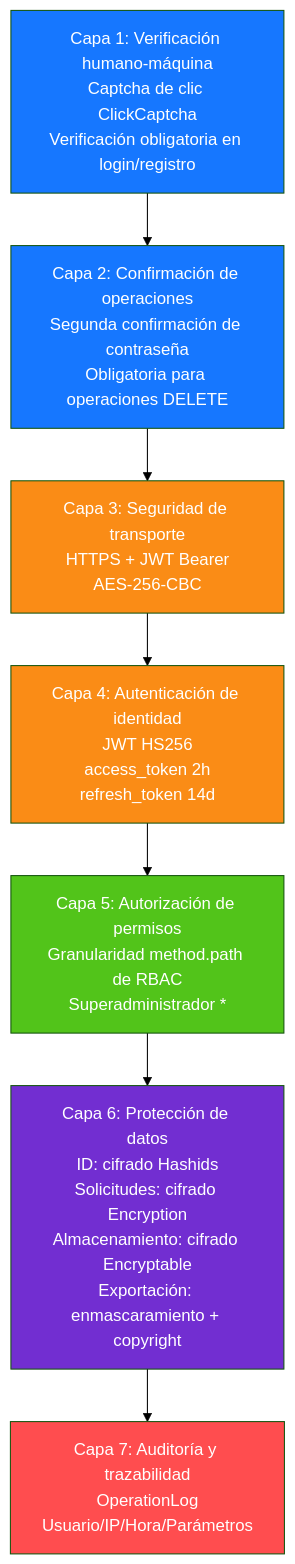
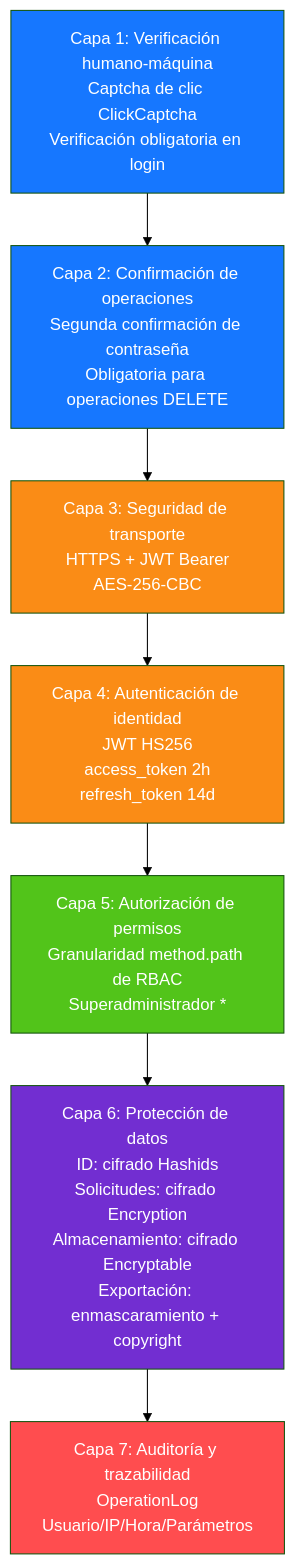
Before and after one commit to erikwang2013/open-admin: the diagram in docs/diagrams/11-security-defense.es.md, drawn with Mermaid (forest theme). The commit also changed 115 other files, not shown here.

First line of the commit message:
功能：新增项目宠物「小安」、站点首页与手写 SVG 设计图集；全部文档对齐代码

````diff
--- a/docs/diagrams/11-security-defense.es.md
+++ b/docs/diagrams/11-security-defense.es.md
@@ -7,20 +7,20 @@
 ```mermaid
 flowchart TB
-    l1["Capa 1: Verificación humano-máquina<br/>Captcha de clic ClickCaptcha<br/>Verificación obligatoria en login/registro"]
+    l1["Capa 1: Verificación humano-máquina<br/>Captcha de clic ClickCaptcha<br/>Verificación obligatoria en login"]
     l2["Capa 2: Confirmación de operaciones<br/>Segunda confirmación de contraseña<br/>Obligatoria para operaciones DELETE"]
     l3["Capa 3: Seguridad de transporte<br/>HTTPS + JWT Bearer<br/>AES-256-CBC"]
     l4["Capa 4: Autenticación de identidad<br/>JWT HS256<br/>access_token 2h<br/>refresh_token 14d"]
     l5["Capa 5: Autorización de permisos<br/>Granularidad method.path de RBAC<br/>Superadministrador *"]
     l6["Capa 6: Protección de datos<br/>ID: cifrado Hashids<br/>Solicitudes: cifrado Encryption<br/>Almacenamiento: cifrado Encryptable<br/>Exportación: enmascaramiento + copyright"]
     l7["Capa 7: Auditoría y trazabilidad<br/>OperationLog<br/>Usuario/IP/Hora/Parámetros"]
 
     l1 --> l2 --> l3 --> l4 --> l5 --> l6 --> l7
 
     style l1 fill:#1677FF,color:#fff
     style l2 fill:#1677FF,color:#fff
     style l3 fill:#FA8C16,color:#fff
     style l4 fill:#FA8C16,color:#fff
     style l5 fill:#52C41A,color:#fff
     style l6 fill:#722ED1,color:#fff
     style l7 fill:#FF4D4F,color:#fff
 ```
````
